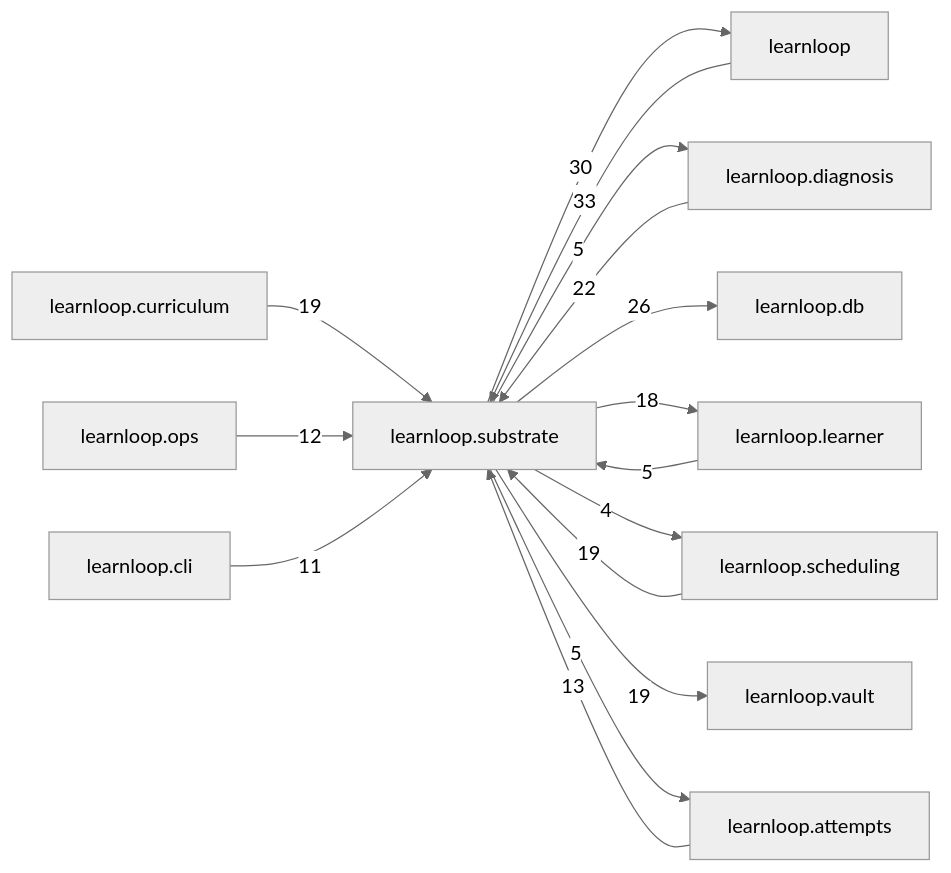
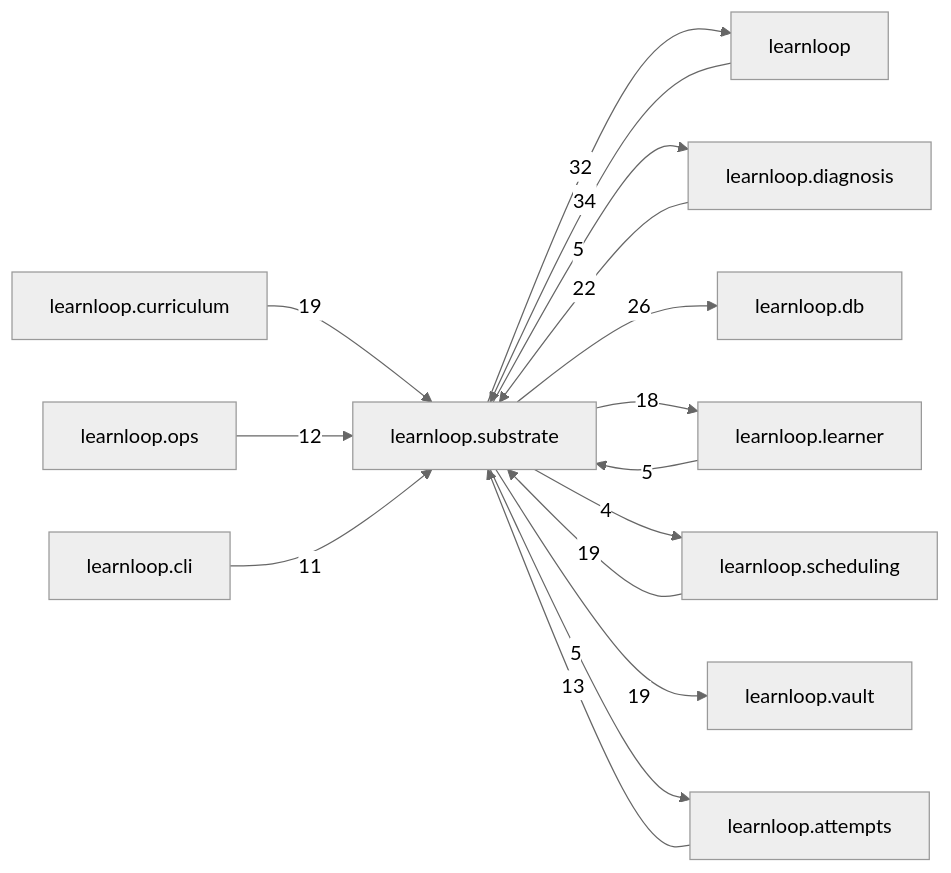
The diagram in docs/learnloop-architecture-vault/Reference/Modules/learnloop/substrate/_package.md (6up-b/learnanything), drawn with Mermaid (neutral theme) before and after one commit. The commit also changed other lines of this file and 62 other files, not shown here.

````diff
--- a/docs/learnloop-architecture-vault/Reference/Modules/learnloop/substrate/_package.md
+++ b/docs/learnloop-architecture-vault/Reference/Modules/learnloop/substrate/_package.md
@@ -166,29 +166,29 @@
 ```mermaid
 flowchart LR
     center["learnloop.substrate"]
     n_learnloop["learnloop"]
     n_learnloop_diagnosis["learnloop.diagnosis"]
     n_learnloop_db["learnloop.db"]
     n_learnloop_learner["learnloop.learner"]
     n_learnloop_scheduling["learnloop.scheduling"]
     n_learnloop_curriculum["learnloop.curriculum"]
     n_learnloop_vault["learnloop.vault"]
     n_learnloop_attempts["learnloop.attempts"]
     n_learnloop_ops["learnloop.ops"]
     n_learnloop_cli["learnloop.cli"]
-    n_learnloop -->|33| center
-    center -->|30| n_learnloop
+    n_learnloop -->|34| center
+    center -->|32| n_learnloop
     n_learnloop_diagnosis -->|22| center
     center -->|5| n_learnloop_diagnosis
     center -->|26| n_learnloop_db
     n_learnloop_learner -->|5| center
     center -->|18| n_learnloop_learner
     n_learnloop_scheduling -->|19| center
     center -->|4| n_learnloop_scheduling
     n_learnloop_curriculum -->|19| center
     center -->|19| n_learnloop_vault
     n_learnloop_attempts -->|13| center
     center -->|5| n_learnloop_attempts
     n_learnloop_ops -->|12| center
     n_learnloop_cli -->|11| center
 ```
````
